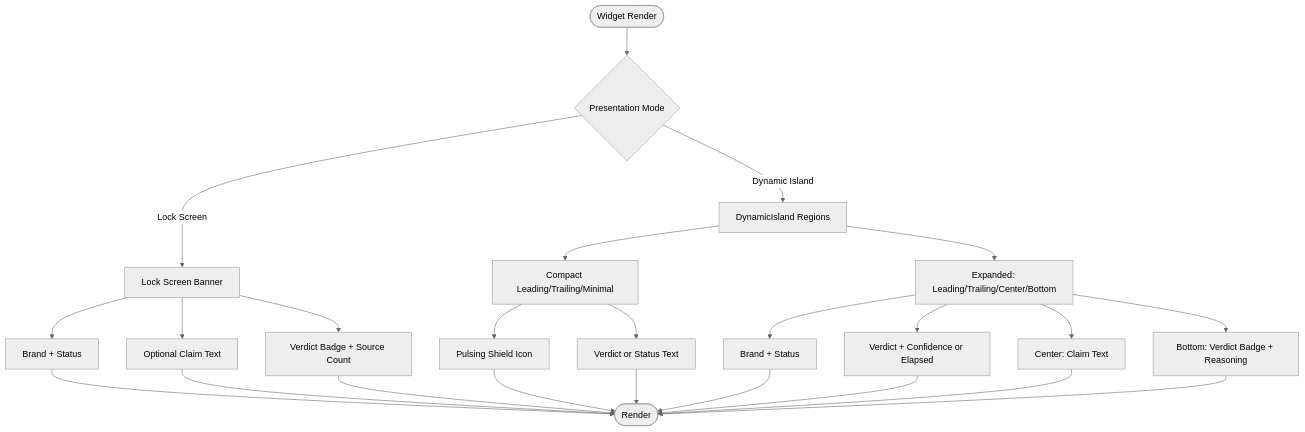
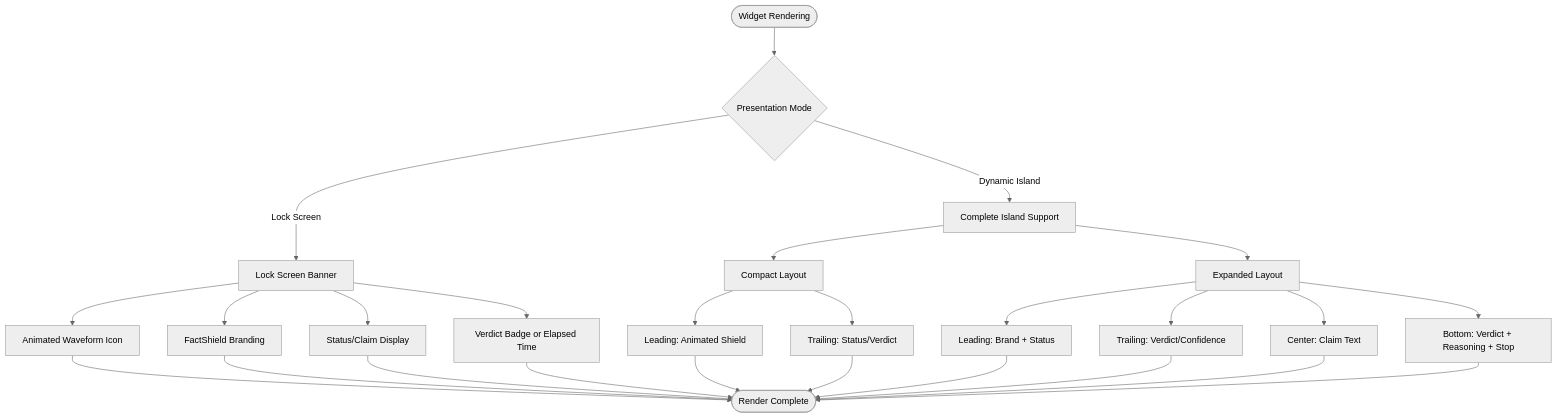
One commit to alexandreybasta-cyber/factshield-ios changed the fifth of 9 diagrams in .qoder/repowiki/en/content/Live Activity Integration/Live Activity Integration.md. Above: the diagram before and after it, drawn with Mermaid (neutral theme). The commit also changed other lines of this file and 97 other files, not shown here.

````diff
--- a/.qoder/repowiki/en/content/Live Activity Integration/Live Activity Integration.md
+++ b/.qoder/repowiki/en/content/Live Activity Integration/Live Activity Integration.md
@@ -237,26 +306,28 @@
 ```mermaid
 flowchart TD
-Start(["Widget Render"]) --> Mode{"Presentation Mode"}
+Start(["Widget Rendering"]) --> Mode{"Presentation Mode"}
 Mode --> |Lock Screen| LS["Lock Screen Banner"]
-Mode --> |Dynamic Island| DI["DynamicIsland Regions"]
-LS --> LS_Text["Brand + Status"]
-LS --> LS_Claim["Optional Claim Text"]
-LS --> LS_Verdict["Verdict Badge + Source Count"]
-DI --> Compact["Compact Leading/Trailing/Minimal"]
-DI --> Expanded["Expanded: Leading/Trailing/Center/Bottom"]
-Compact --> CL["Pulsing Shield Icon"]
-Compact --> CT["Verdict or Status Text"]
-Expanded --> EL["Brand + Status"]
-Expanded --> ET["Verdict + Confidence or Elapsed"]
+LS --> LS_Animated["Animated Waveform Icon"]
+LS --> LS_Brand["FactShield Branding"]
+LS --> LS_Status["Status/Claim Display"]
+LS --> LS_Verdict["Verdict Badge or Elapsed Time"]
+Mode --> |Dynamic Island| DI["Complete Island Support"]
+DI --> Compact["Compact Layout"]
+Compact --> CL["Leading: Animated Shield"]
+Compact --> CT["Trailing: Status/Verdict"]
+DI --> Expanded["Expanded Layout"]
+Expanded --> EL["Leading: Brand + Status"]
+Expanded --> ET["Trailing: Verdict/Confidence"]
 Expanded --> EC["Center: Claim Text"]
-Expanded --> EB["Bottom: Verdict Badge + Reasoning"]
-LS_Text --> End(["Render"])
-LS_Claim --> End
+Expanded --> EB["Bottom: Verdict + Reasoning + Stop"]
+LS_Animated --> End(["Render Complete"])
+LS_Brand --> End
+LS_Status --> End
 LS_Verdict --> End
 CL --> End
 CT --> End
 EL --> End
 ET --> End
 EC --> End
 EB --> End
 ```
````
